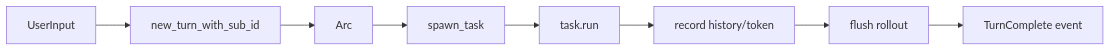
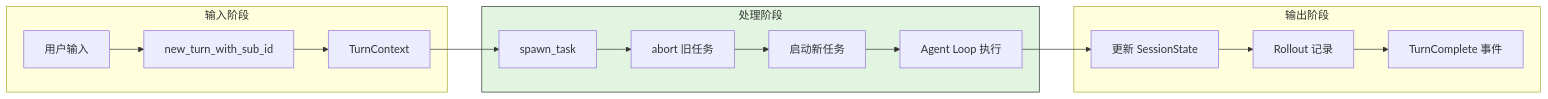
One commit to giraffe-tree/agent-base changed the fourth of 6 diagrams in docs/codex/03-codex-session-runtime.md. Above: the diagram before and after it, drawn with Mermaid. The commit also changed other lines of this file and 155 other files, not shown here.

````diff
--- a/docs/codex/03-codex-session-runtime.md
+++ b/docs/codex/03-codex-session-runtime.md
@@ -180,10 +372,23 @@
 ```mermaid
 flowchart LR
-    A[UserInput] --> B[new_turn_with_sub_id]
-    B --> C[Arc<TurnContext>]
-    C --> D[spawn_task]
-    D --> E[task.run]
-    E --> F[record history/token]
-    F --> G[flush rollout]
-    G --> H[TurnComplete event]
+    subgraph Input["输入阶段"]
+        I1[用户输入] --> I2[new_turn_with_sub_id]
+        I2 --> I3[TurnContext]
+    end
+
+    subgraph Process["处理阶段"]
+        P1[spawn_task] --> P2[abort 旧任务]
+        P2 --> P3[启动新任务]
+        P3 --> P4[Agent Loop 执行]
+    end
+
+    subgraph Output["输出阶段"]
+        O1[更新 SessionState] --> O2[Rollout 记录]
+        O2 --> O3[TurnComplete 事件]
+    end
+
+    I3 --> P1
+    P4 --> O1
+
+    style Process fill:#e1f5e1,stroke:#333
 ```
````
